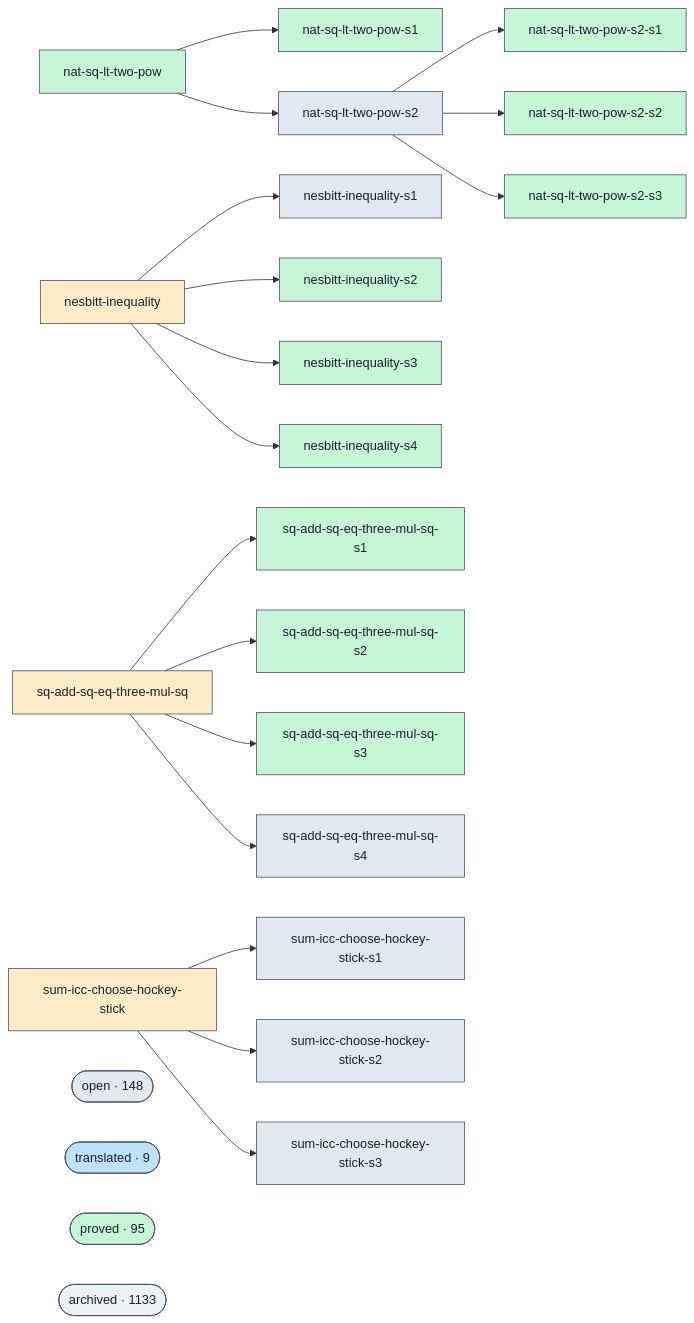
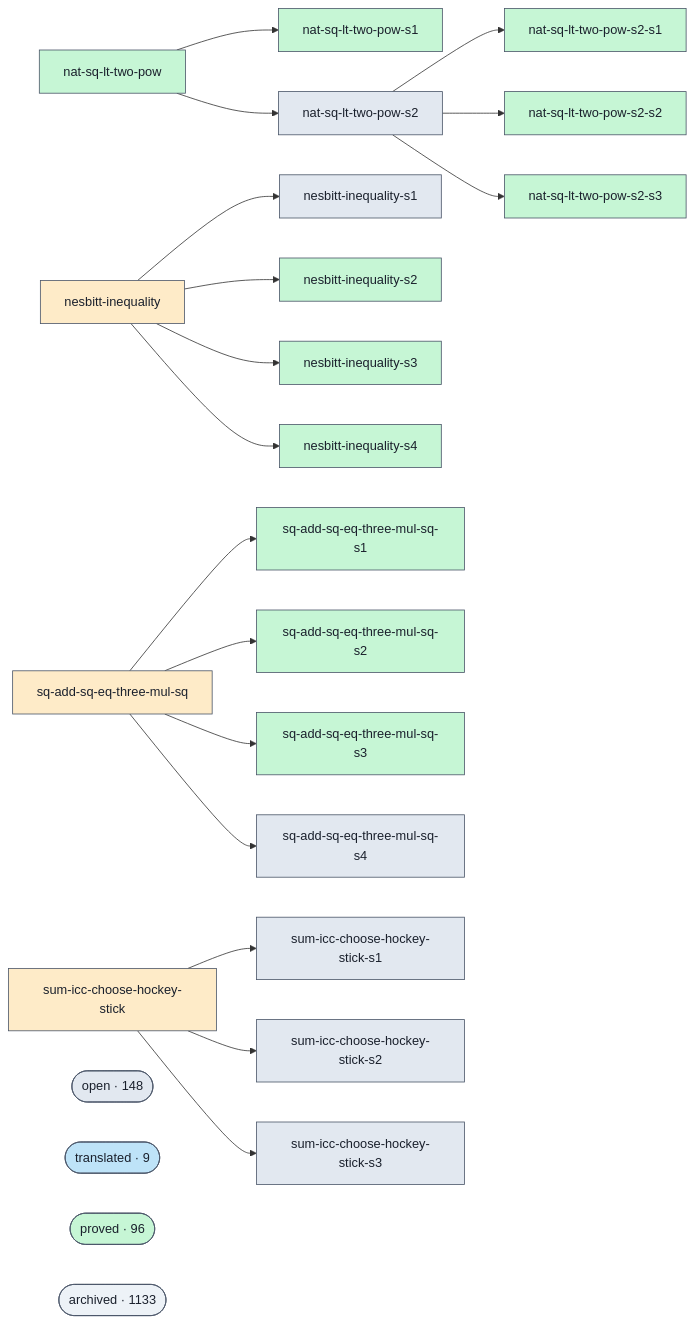
Before and after one commit to Rauxon/unsorry: the diagram in docs/proofs-contributors-visualisation.md, drawn with Mermaid. The commit also changed other lines of this file and 2 other files, not shown here.

```diff
--- a/docs/proofs-contributors-visualisation.md
+++ b/docs/proofs-contributors-visualisation.md
@@ -102,7 +102,7 @@
   class cluster_open open;
   cluster_translated(["translated · 9"])
   class cluster_translated translated;
-  cluster_proved(["proved · 95"])
+  cluster_proved(["proved · 96"])
   class cluster_proved proved;
   cluster_archived(["archived · 1133"])
   class cluster_archived unknown;
```
